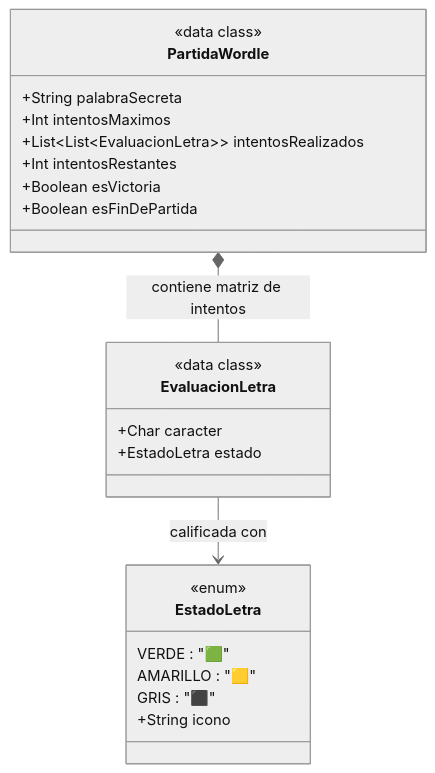
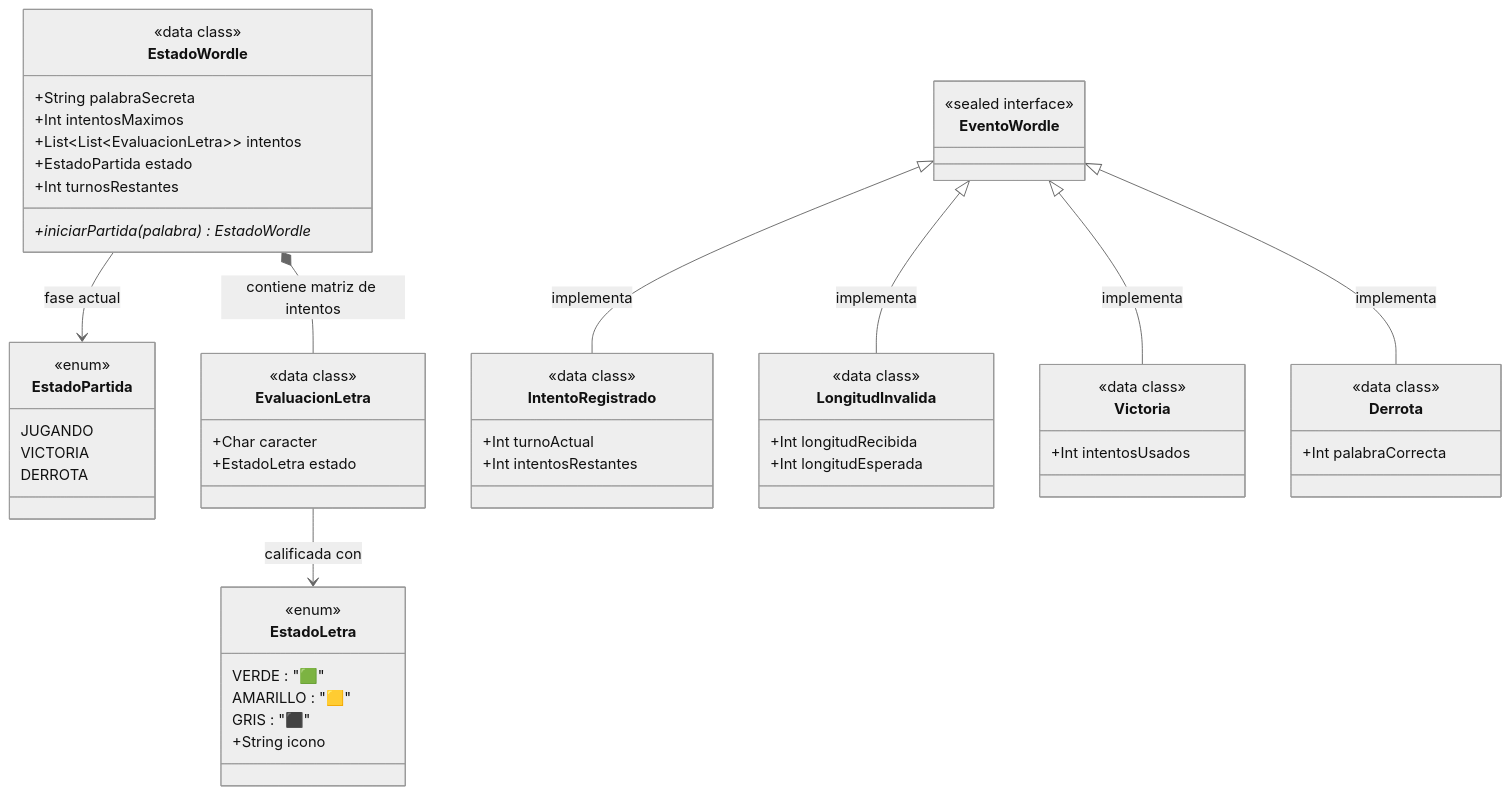
One commit to jssdocente/pmdm2627d changed the second of 2 diagrams in docs/temas/00-android/00-kotlin/ejercicios/03-poo-sealed-types.md. Above: the diagram before and after it, drawn with Mermaid (neutral theme). The commit also changed other lines of this file and 1 other file, not shown here.

Commit message:
docs(kotlin): rediseñar reto 3.19 (Wordle) y sincronizar testing con arquitectura de estado, companion object y sealed interface

````diff
--- a/docs/temas/00-android/00-kotlin/ejercicios/03-poo-sealed-types.md
+++ b/docs/temas/00-android/00-kotlin/ejercicios/03-poo-sealed-types.md
@@ -1912,29 +1995,68 @@
-        ```mermaid
-        classDiagram
-            class EstadoLetra {
-                <<enum>>
-                VERDE : "🟩"
-                AMARILLO : "🟨"
-                GRIS : "⬛"
-                +String icono
-            }
+    ```mermaid
+    classDiagram
+        class EstadoLetra {
+            <<enum>>
+            VERDE : "🟩"
+            AMARILLO : "🟨"
+            GRIS : "⬛"
+            +String icono
+        }
 
-            class EvaluacionLetra {
-                <<data class>>
-                +Char caracter
-                +EstadoLetra estado
-            }
+        class EstadoPartida {
+            <<enum>>
+            JUGANDO
+            VICTORIA
+            DERROTA
+        }
 
-            class PartidaWordle {
-                <<data class>>
-                +String palabraSecreta
-                +Int intentosMaximos
-                +List~List~EvaluacionLetra~~ intentosRealizados
-                +Int intentosRestantes
-                +Boolean esVictoria
-                +Boolean esFinDePartida
-            }
+        class EvaluacionLetra {
+            <<data class>>
+            +Char caracter
+            +EstadoLetra estado
+        }
 
-            PartidaWordle *-- EvaluacionLetra : contiene matriz de intentos
-            EvaluacionLetra --> EstadoLetra : calificada con
-        ```
+        class EventoWordle {
+            <<sealed interface>>
+        }
+
+        class IntentoRegistrado {
+            <<data class>>
+            +Int turnoActual
+            +Int intentosRestantes
+        }
+
+        class LongitudInvalida {
+            <<data class>>
+            +Int longitudRecibida
+            +Int longitudEsperada
+        }
+
+        class Victoria {
+            <<data class>>
+            +Int intentosUsados
+        }
+
+        class Derrota {
+            <<data class>>
+            +Int palabraCorrecta
+        }
+
+        EventoWordle <|-- IntentoRegistrado : implementa
+        EventoWordle <|-- LongitudInvalida : implementa
+        EventoWordle <|-- Victoria : implementa
+        EventoWordle <|-- Derrota : implementa
+
+        class EstadoWordle {
+            <<data class>>
+            +String palabraSecreta
+            +Int intentosMaximos
+            +List~List~EvaluacionLetra~~ intentos
+            +EstadoPartida estado
+            +Int turnosRestantes
+            +iniciarPartida(palabra)* EstadoWordle
+        }
+
+        EstadoWordle *-- EvaluacionLetra : contiene matriz de intentos
+        EstadoWordle --> EstadoPartida : fase actual
+        EvaluacionLetra --> EstadoLetra : calificada con
+    ```
````
